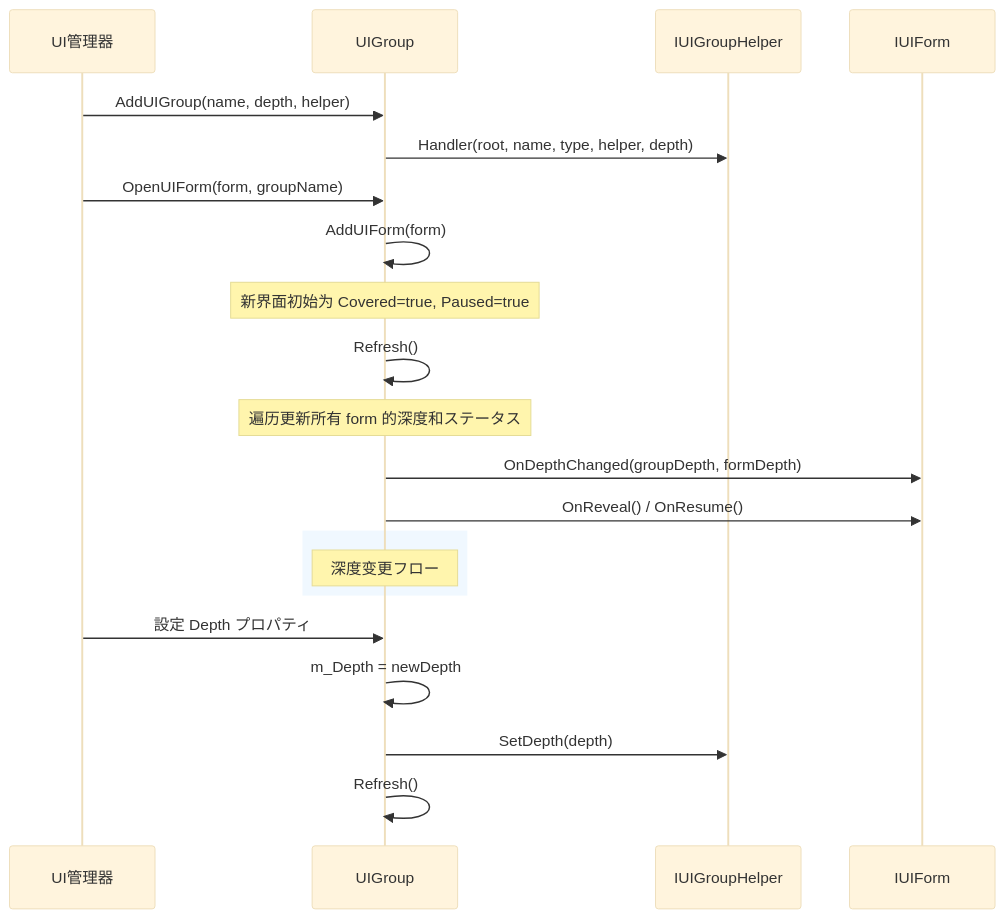
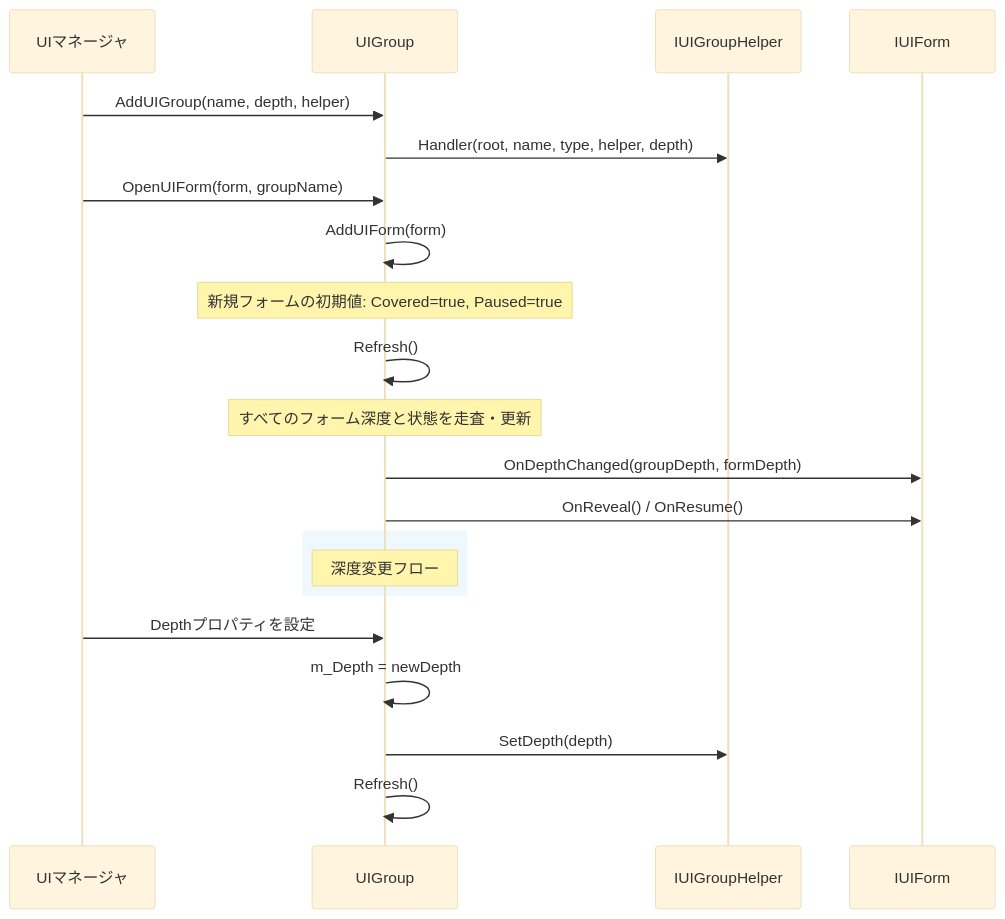
One commit to AlianBlank/GameFrameX.Docs changed the second of 3 diagrams in docs/ja/client/unity/component/ui/10.ui-group-hierarchy.md. Above: the diagram before and after it, drawn with Mermaid (base theme). The commit also changed other lines of this file and 320 other files, not shown here.

````diff
--- a/docs/ja/client/unity/component/ui/10.ui-group-hierarchy.md
+++ b/docs/ja/client/unity/component/ui/10.ui-group-hierarchy.md
@@ -64,26 +68,26 @@
 ```mermaid
 sequenceDiagram
-    participant M as UI管理器
+    participant M as UIマネージャ
     participant G as UIGroup
     participant H as IUIGroupHelper
     participant F as IUIForm
 
     M->>G: AddUIGroup(name, depth, helper)
     G->>H: Handler(root, name, type, helper, depth)
     M->>G: OpenUIForm(form, groupName)
     G->>G: AddUIForm(form)
-    Note over G: 新界面初始为 Covered=true, Paused=true
+    Note over G: 新規フォームの初期値: Covered=true, Paused=true
     G->>G: Refresh()
-    Note over G: 遍历更新所有 form 的深度和ステータス
+    Note over G: すべてのフォーム深度と状態を走査・更新
     G->>F: OnDepthChanged(groupDepth, formDepth)
     G->>F: OnReveal() / OnResume()
 
     rect rgb(240, 248, 255)
-    Note over G: 深度变更フロー
+    Note over G: 深度変更フロー
     end
 
-    M->>G: 設定 Depth プロパティ
+    M->>G: Depthプロパティを設定
     G->>G: m_Depth = newDepth
     G->>H: SetDepth(depth)
     G->>G: Refresh()
 ```
````
